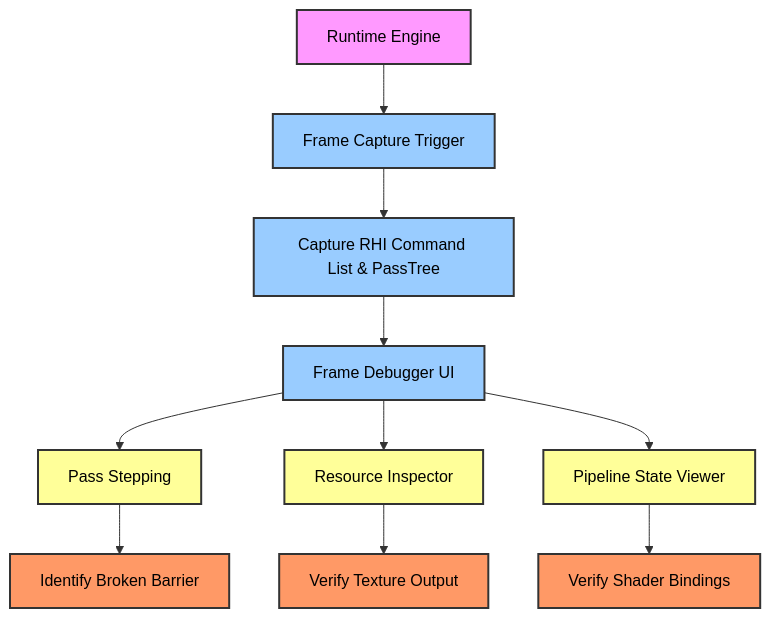
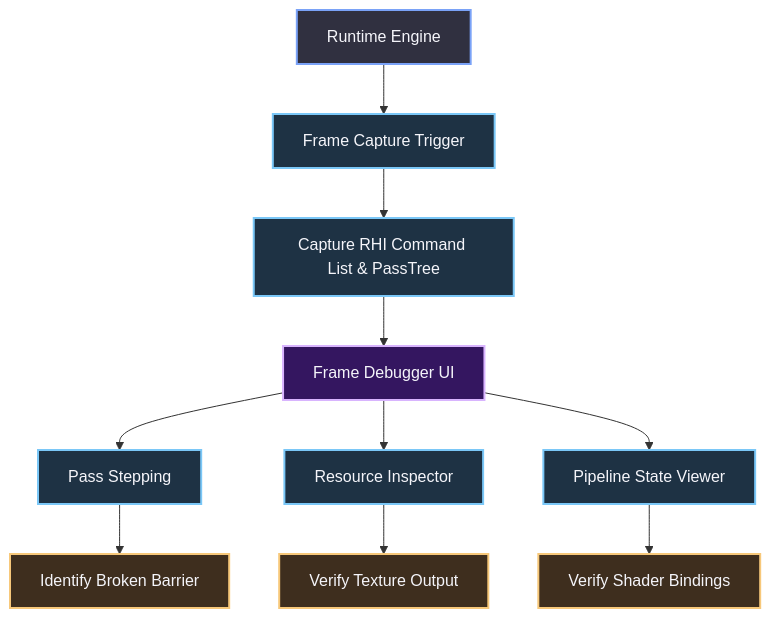
One commit to Astin-A/the-workshop changed the third of 4 diagrams in content/Engine shit/O3DE/Atomic/4 Data-Driven Workflow Refactoring (Visual Tools & Debugging).md. Above: the diagram before and after it, drawn with Mermaid. The commit also changed other lines of this file and 24 other files, not shown here.

````diff
--- a/content/Engine shit/O3DE/Atomic/4 Data-Driven Workflow Refactoring (Visual Tools & Debugging).md
+++ b/content/Engine shit/O3DE/Atomic/4 Data-Driven Workflow Refactoring (Visual Tools & Debugging).md
@@ -108,23 +117,24 @@
 ```mermaid
 graph TD
     A[Runtime Engine] --> B[Frame Capture Trigger]
     B --> C[Capture RHI Command List & PassTree]
     C --> D[Frame Debugger UI]
     D --> E[Pass Stepping]
     D --> F[Resource Inspector]
     D --> G[Pipeline State Viewer]
     E --> H[Identify Broken Barrier]
     F --> I[Verify Texture Output]
     G --> J[Verify Shader Bindings]
 
-    style A fill:#f9f,stroke:#333,stroke-width:2px,color:#000
-    style B fill:#9cf,stroke:#333,stroke-width:2px,color:#000
-    style C fill:#9cf,stroke:#333,stroke-width:2px,color:#000
-    style D fill:#9cf,stroke:#333,stroke-width:2px,color:#000
-    style E fill:#ff9,stroke:#333,stroke-width:2px,color:#000
-    style F fill:#ff9,stroke:#333,stroke-width:2px,color:#000
-    style G fill:#ff9,stroke:#333,stroke-width:2px,color:#000
-    style H fill:#f96,stroke:#333,stroke-width:2px,color:#000
-    style I fill:#f96,stroke:#333,stroke-width:2px,color:#000
-    style J fill:#f96,stroke:#333,stroke-width:2px,color:#000
+    classDef default fill:#303040,stroke:#7aa2f7,stroke-width:2px,color:#f5f5fa;
+    classDef info fill:#1e3244,stroke:#7ac7f7,stroke-width:2px,color:#f5f5fa;
+    classDef highlight fill:#341660,stroke:#d8b4fe,stroke-width:2px,color:#f5f5fa;
+    classDef warning fill:#3e2e1e,stroke:#f7c87a,stroke-width:2px,color:#f5f5fa;
+    classDef success fill:#1e3f2e,stroke:#7af7a2,stroke-width:2px,color:#f5f5fa;
+
+    class A default;
+    class B,C info;
+    class D highlight;
+    class E,F,G info;
+    class H,I,J warning;
 ```
````
